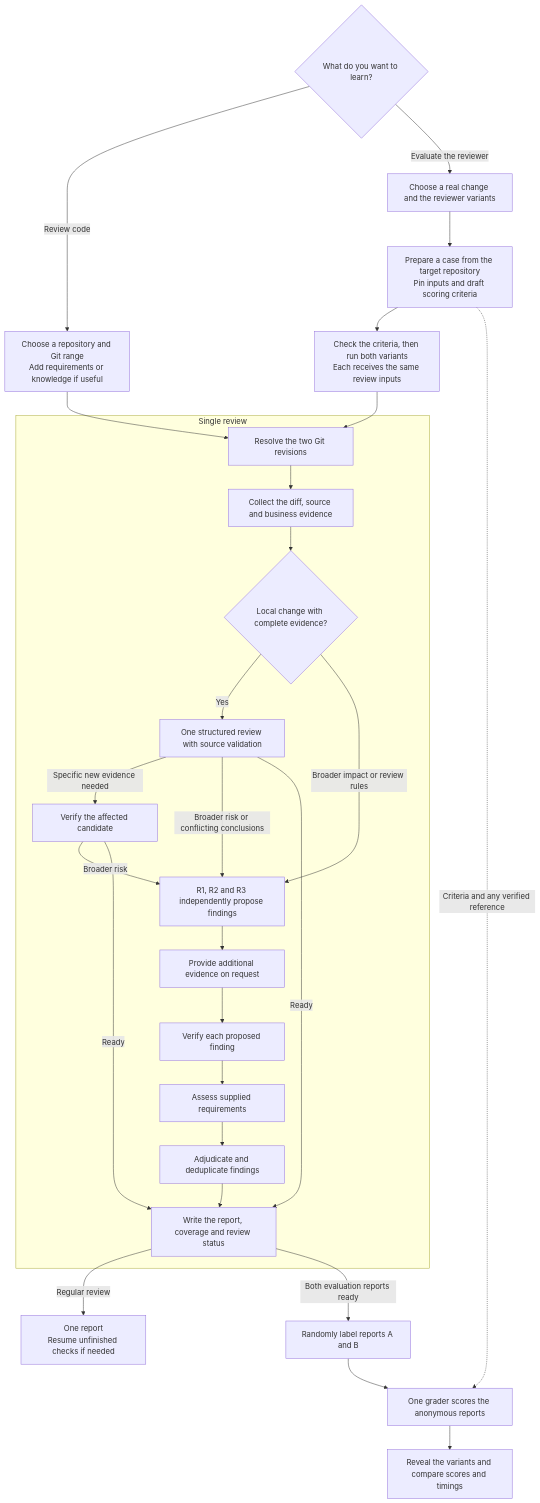
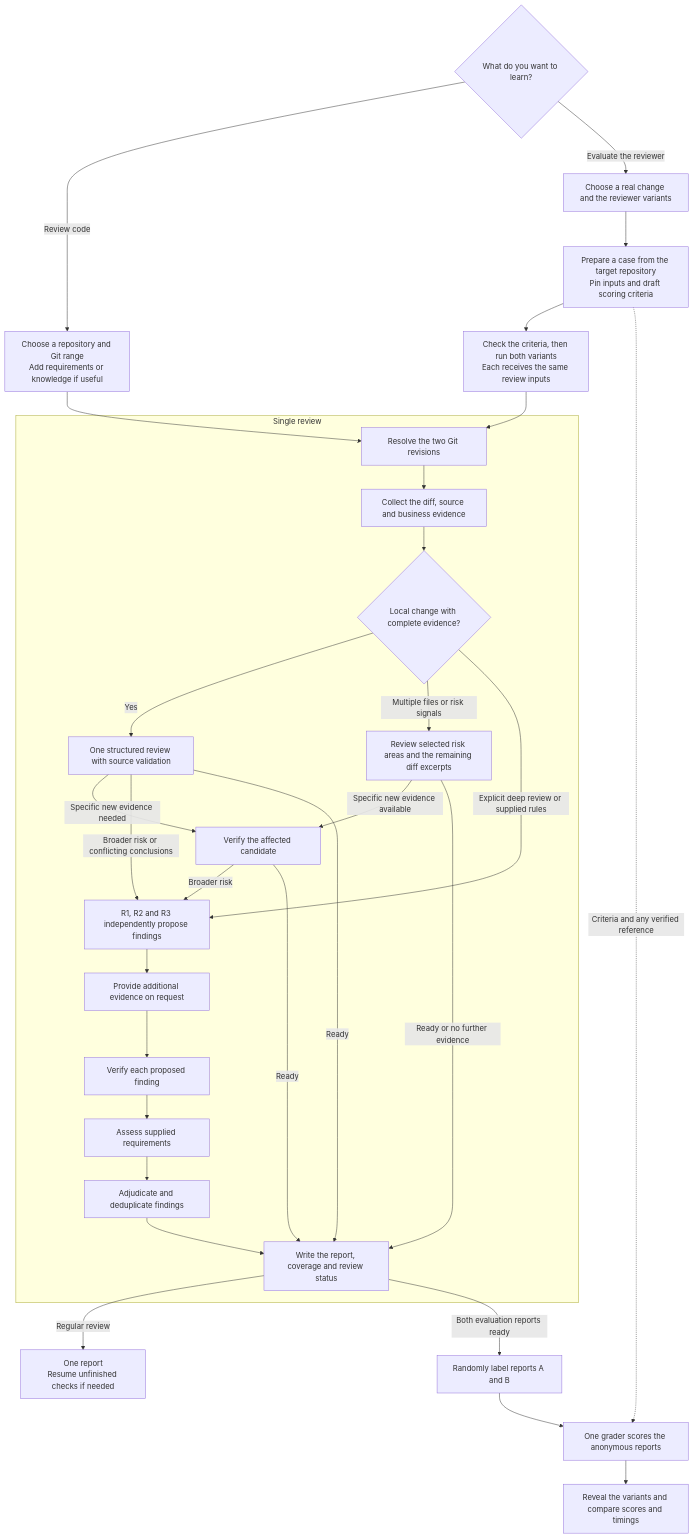
One commit to graham-gc/repo-aware-reviewer changed the diagram in README.md. Above: the diagram before and after it, drawn with Mermaid. The commit also changed other lines of this file and 16 other files, not shown here.

Commit message:
feat: focus review on risks and ground published findings

````diff
--- a/README.md
+++ b/README.md
@@ -42,33 +42,36 @@
 ```mermaid
 flowchart TD
     S{"What do you want to learn?"}
     S -->|Review code| R["Choose a repository and Git range<br/>Add requirements or knowledge if useful"]
     S -->|Evaluate the reviewer| E["Choose a real change and the reviewer variants"]
     E --> C["Prepare a case from the target repository<br/>Pin inputs and draft scoring criteria"]
     C --> B["Check the criteria, then run both variants<br/>Each receives the same review inputs"]
 
     subgraph REVIEW["Single review"]
         P1["Resolve the two Git revisions"] --> P2["Collect the diff, source and business evidence"]
         P2 --> Q{"Local change with complete evidence?"}
         Q -->|Yes| L["One structured review with source validation"]
-        Q -->|Broader impact or review rules| P3["R1, R2 and R3 independently propose findings"]
+        Q -->|Multiple files or risk signals| F["Review selected risk areas and the remaining diff excerpts"]
+        Q -->|Explicit deep review or supplied rules| P3["R1, R2 and R3 independently propose findings"]
+        F -->|Specific new evidence available| T
+        F -->|Ready or no further evidence| P8
         L -->|Specific new evidence needed| T["Verify the affected candidate"]
         L -->|Broader risk or conflicting conclusions| P3
         T -->|Broader risk| P3
         L -->|Ready| P8
         T -->|Ready| P8
         P3 --> P4["Provide additional evidence on request"]
         P4 --> P5["Verify each proposed finding"]
         P5 --> P6["Assess supplied requirements"]
         P6 --> P7["Adjudicate and deduplicate findings"]
         P7 --> P8["Write the report, coverage and review status"]
     end
 
     R --> P1
     B --> P1
     P8 -->|Regular review| O["One report<br/>Resume unfinished checks if needed"]
     P8 -->|Both evaluation reports ready| A["Randomly label reports A and B"]
     C -.->|Criteria and any verified reference| J["One grader scores the anonymous reports"]
     A --> J
     J --> D["Reveal the variants and compare scores and timings"]
 ```
````
